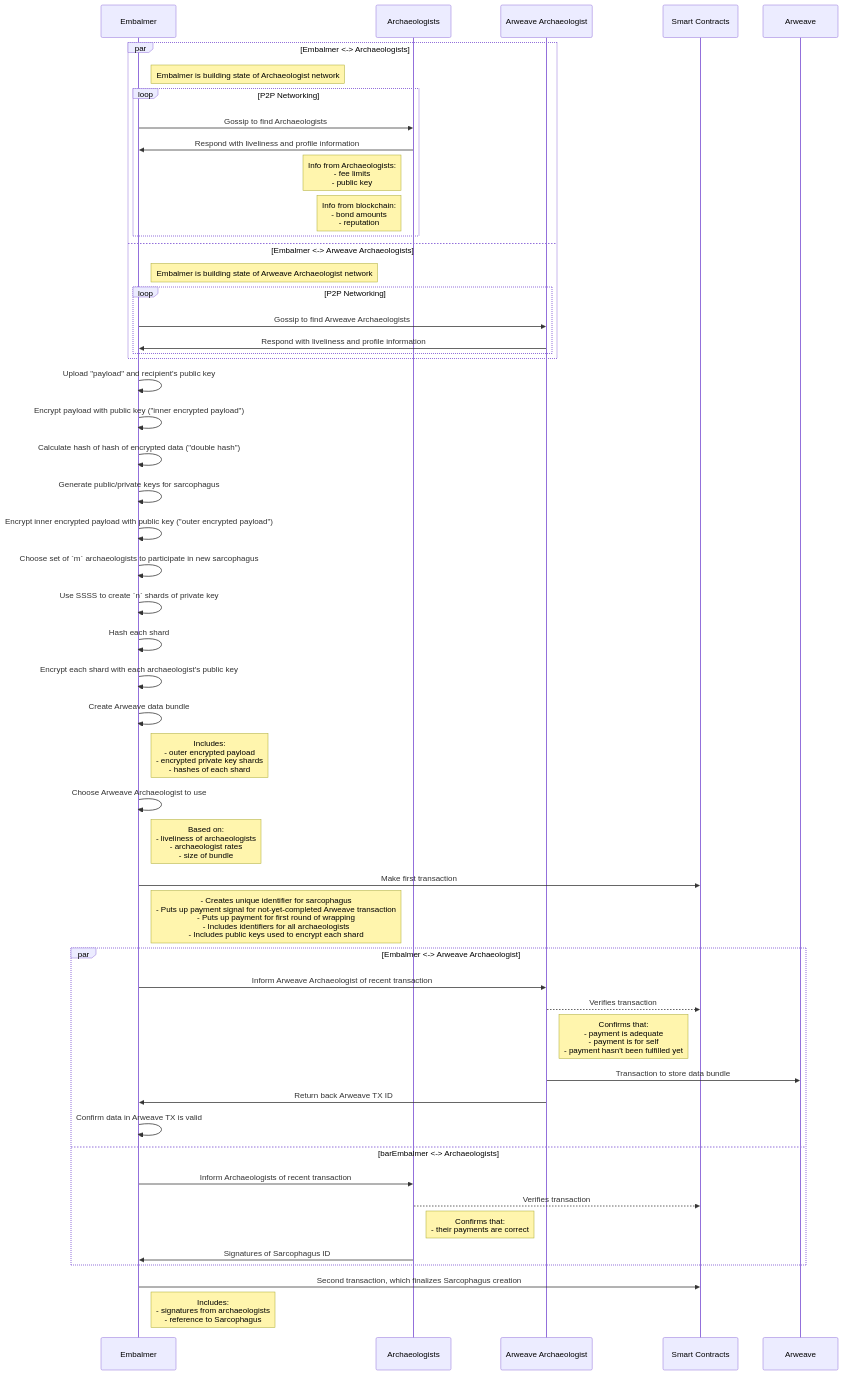
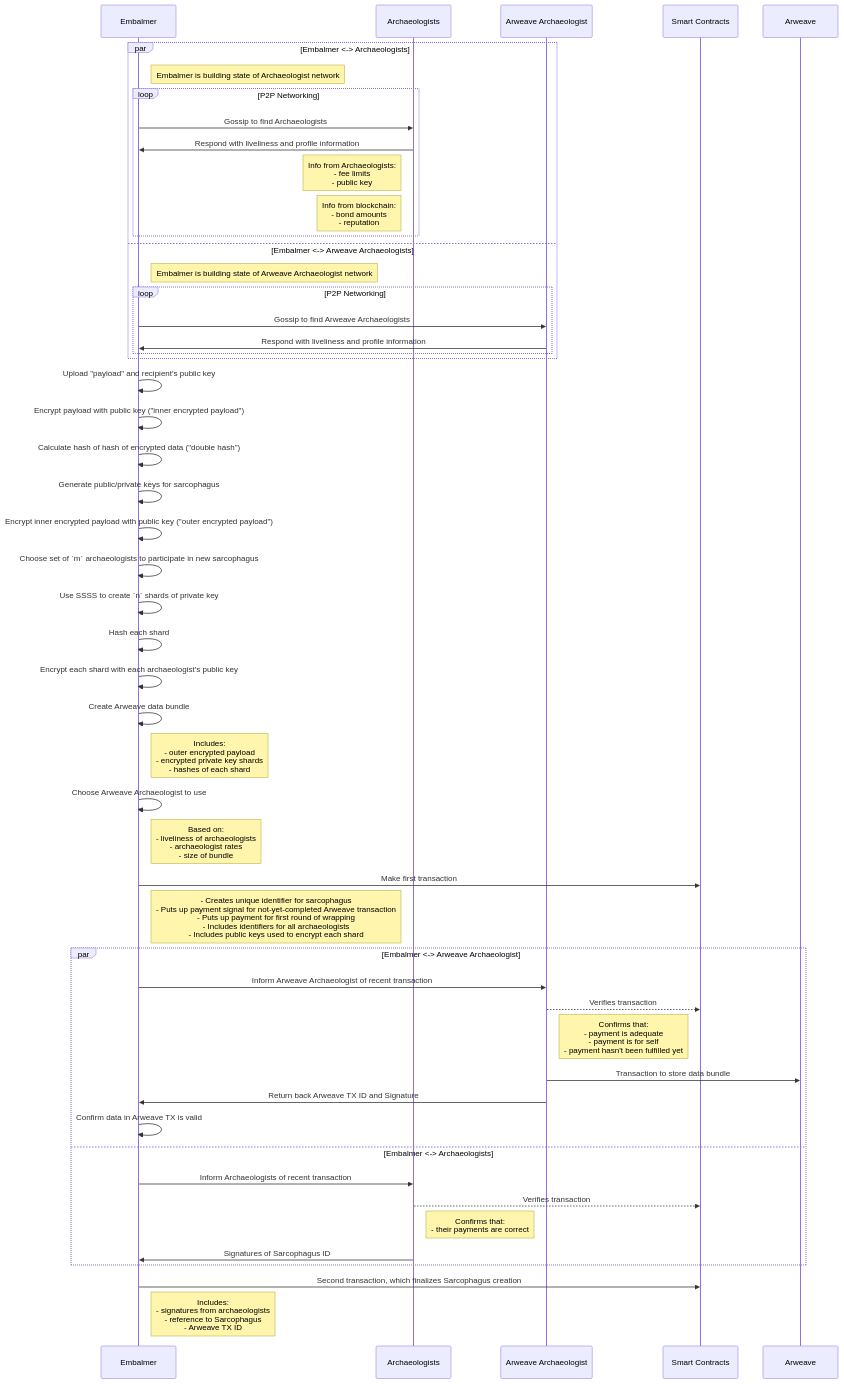
The diagram in create-sarcophagus.md (sarcophagus-org/sarcophagus-v2-specs), drawn with Mermaid before and after one commit.

Commit message:
Auto format, update some details

````diff
--- a/create-sarcophagus.md
+++ b/create-sarcophagus.md
@@ -5,59 +5,59 @@
   participant Arweave Archaeologist
   participant Smart Contracts
   participant Arweave
-  
+
   par Embalmer <-> Archaeologists
     Note right of Embalmer: Embalmer is building state of Archaeologist network
-    
+
     loop P2P Networking
       Embalmer->>Archaeologists: Gossip to find Archaeologists
-      
+
       Archaeologists->>Embalmer: Respond with liveliness and profile information
-      
+
       Note left of Archaeologists: Info from Archaeologists:<br/>- fee limits<br/>- public key
-      
+
       Note left of Archaeologists: Info from blockchain:<br/>- bond amounts<br/>- reputation
     end
   and Embalmer <-> Arweave Archaeologists
     Note right of Embalmer: Embalmer is building state of Arweave Archaeologist network
-    
+
     loop P2P Networking
       Embalmer->>Arweave Archaeologist: Gossip to find Arweave Archaeologists
-      
+
       Arweave Archaeologist->>Embalmer: Respond with liveliness and profile information
     end
   end
-  
+
   Embalmer->>Embalmer: Upload "payload" and recipient's public key
-  
+
   Embalmer->>Embalmer: Encrypt payload with public key ("inner encrypted payload")
-  
+
   Embalmer->>Embalmer: Calculate hash of hash of encrypted data ("double hash")
-  
+
   Embalmer->>Embalmer: Generate public/private keys for sarcophagus
-  
+
   Embalmer->>Embalmer: Encrypt inner encrypted payload with public key ("outer encrypted payload")
-  
+
   Embalmer->>Embalmer: Choose set of `m` archaeologists to participate in new sarcophagus
-  
+
   Embalmer->>Embalmer: Use SSSS to create `n` shards of private key
-  
+
   Embalmer->>Embalmer: Hash each shard
-  
+
   Embalmer->>Embalmer: Encrypt each shard with each archaeologist's public key
-  
+
   Embalmer->>Embalmer: Create Arweave data bundle
-  
+
   Note right of Embalmer: Includes:<br/>- outer encrypted payload<br/>- encrypted private key shards<br/>- hashes of each shard
-  
+
   Embalmer->>Embalmer: Choose Arweave Archaeologist to use
-  
+
   Note right of Embalmer: Based on:<br/>- liveliness of archaeologists<br/>- archaeologist rates<br/>- size of bundle
-  
+
   Embalmer->>Smart Contracts: Make first transaction
-  
+
   Note right of Embalmer:- Creates unique identifier for sarcophagus<br/>- Puts up payment signal for not-yet-completed Arweave transaction<br/>- Puts up payment for first round of wrapping<br/>- Includes identifiers for all archaeologists<br/>- Includes public keys used to encrypt each shard
-  
+
   par Embalmer <-> Arweave Archaeologist
     Embalmer->>Arweave Archaeologist: Inform Arweave Archaeologist of recent transaction
 
@@ -67,10 +67,10 @@
 
     Arweave Archaeologist->>Arweave: Transaction to store data bundle
 
-    Arweave Archaeologist->>Embalmer: Return back Arweave TX ID
+    Arweave Archaeologist->>Embalmer: Return back Arweave TX ID and Signature
 
     Embalmer->>Embalmer: Confirm data in Arweave TX is valid
-  and barEmbalmer <-> Archaeologists
+  and Embalmer <-> Archaeologists
     Embalmer->>Archaeologists: Inform Archaeologists of recent transaction
 
     Archaeologists-->>Smart Contracts: Verifies transaction
@@ -82,5 +82,5 @@
 
   Embalmer->>Smart Contracts: Second transaction, which finalizes Sarcophagus creation
 
-  Note right of Embalmer: Includes:<br/>- signatures from archaeologists<br/>- reference to Sarcophagus
+  Note right of Embalmer: Includes:<br/>- signatures from archaeologists<br/>- reference to Sarcophagus<br/>- Arweave TX ID
 ```
````
